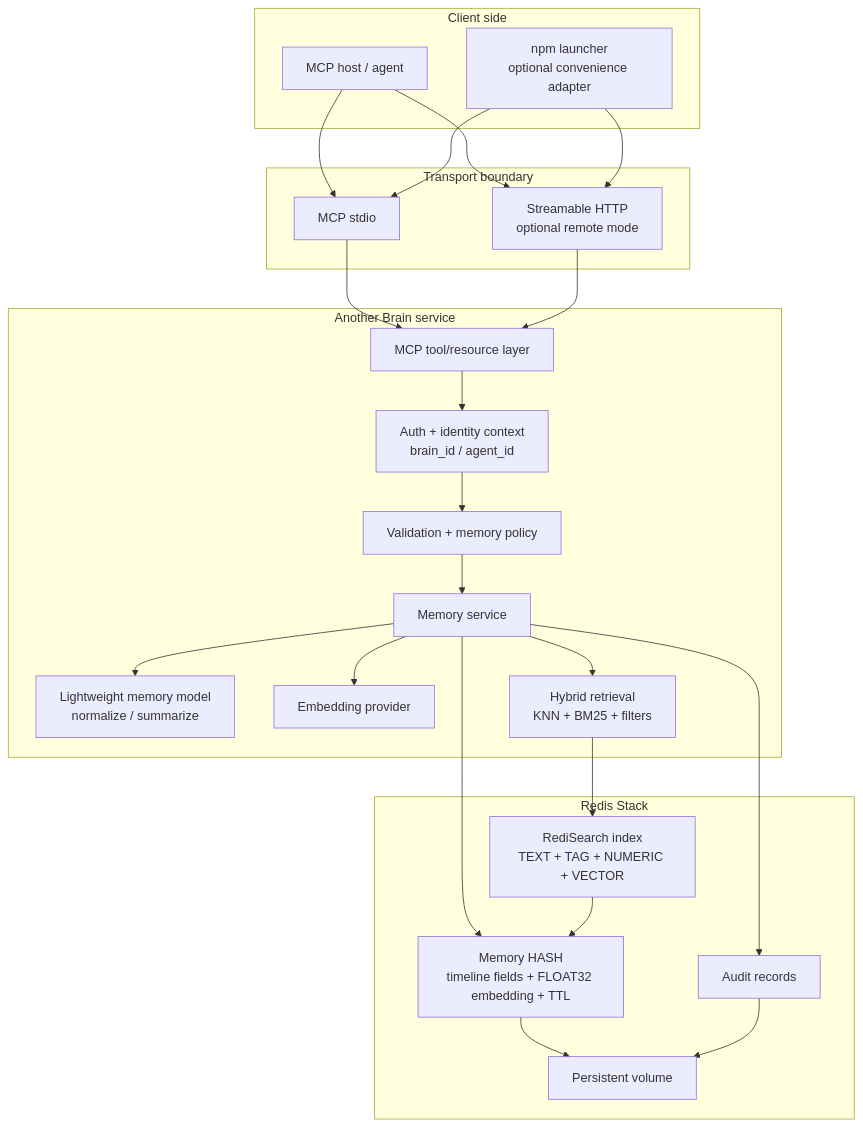
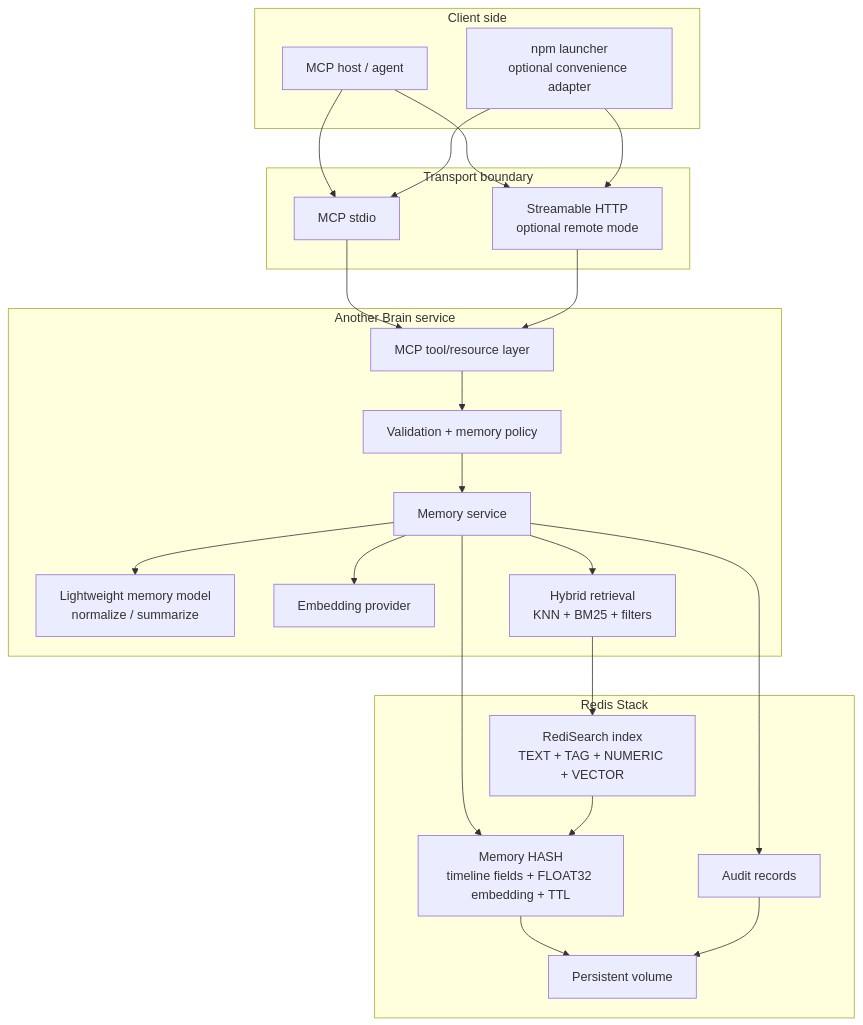
The first of 4 diagrams in .agents/plans/01-architecture-foundation.md (Flowerf19/another-brain), drawn with Mermaid before and after one commit. The commit also changed other lines of this file and 17 other files, not shown here.

First line of the commit message:
Refactor Another Brain architecture and tools

````diff
--- a/.agents/plans/01-architecture-foundation.md
+++ b/.agents/plans/01-architecture-foundation.md
@@ -61,49 +61,47 @@
 ```mermaid
 flowchart TD
     subgraph Clients["Client side"]
         Host["MCP host / agent"]
         Npm["npm launcher<br/>optional convenience adapter"]
     end
 
     subgraph Transport["Transport boundary"]
         Stdio["MCP stdio"]
         Http["Streamable HTTP<br/>optional remote mode"]
     end
 
     subgraph Core["Another Brain service"]
         Mcp["MCP tool/resource layer"]
-        Auth["Auth + identity context<br/>brain_id / agent_id"]
         Policy["Validation + memory policy"]
         Memory["Memory service"]
         Model["Lightweight memory model<br/>normalize / summarize"]
         Embed["Embedding provider"]
         Retrieve["Hybrid retrieval<br/>KNN + BM25 + filters"]
     end
 
     subgraph Redis["Redis Stack"]
         Hash["Memory HASH<br/>timeline fields + FLOAT32 embedding + TTL"]
         Index["RediSearch index<br/>TEXT + TAG + NUMERIC + VECTOR"]
         Audit["Audit records"]
         Volume["Persistent volume"]
     end
 
     Host --> Stdio
     Host --> Http
     Npm --> Stdio
     Npm --> Http
 
     Stdio --> Mcp
     Http --> Mcp
-    Mcp --> Auth
-    Auth --> Policy
+    Mcp --> Policy
     Policy --> Memory
     Memory --> Model
     Memory --> Embed
     Memory --> Retrieve
     Memory --> Hash
     Retrieve --> Index
     Index --> Hash
     Memory --> Audit
     Hash --> Volume
     Audit --> Volume
 ```
````
